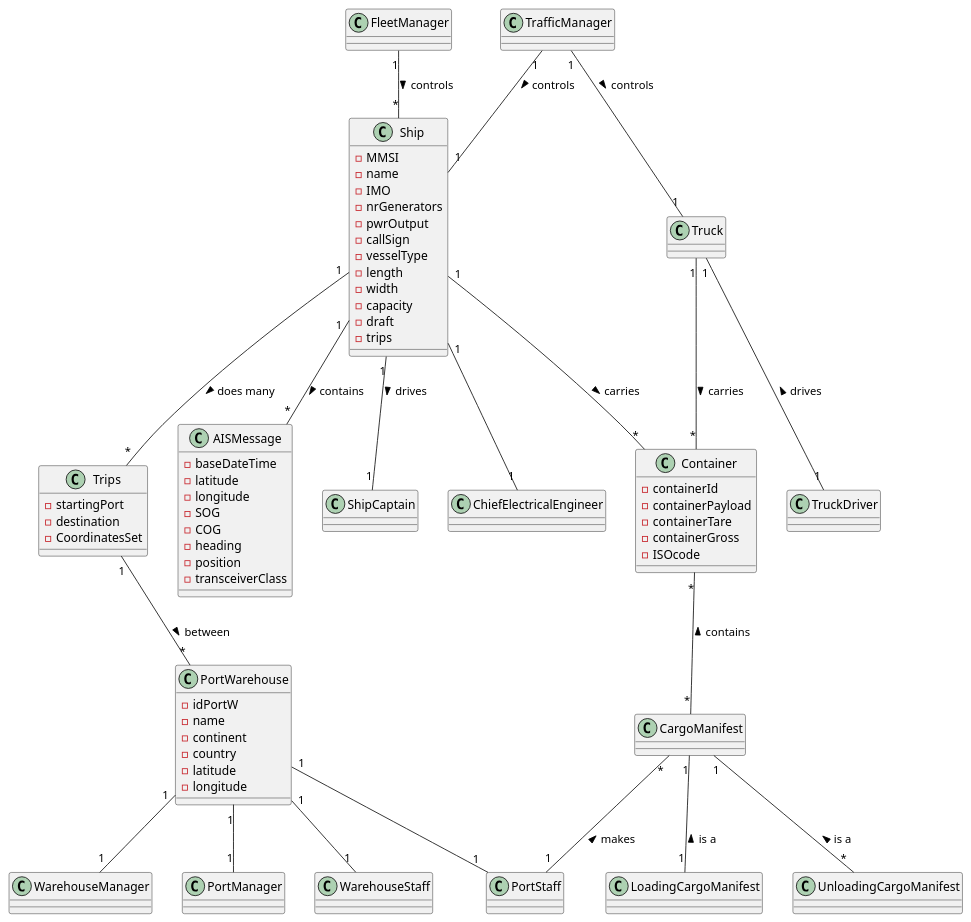
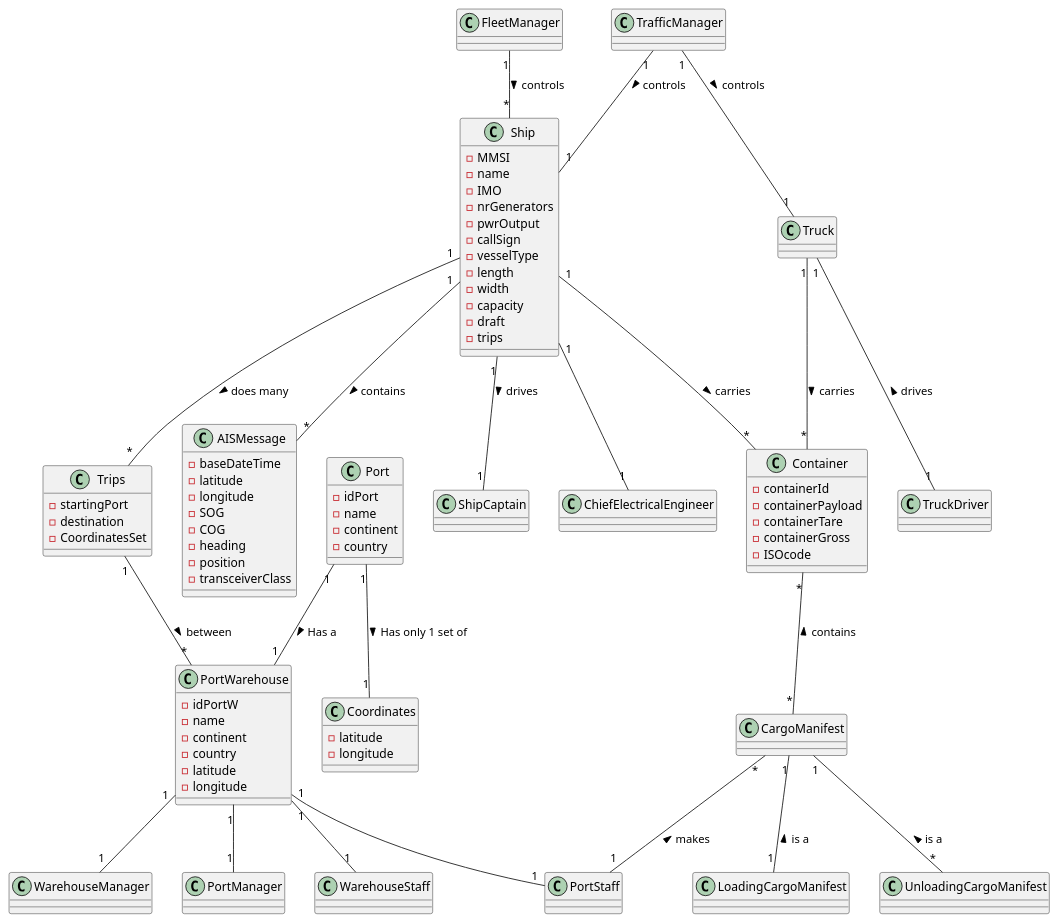
The diagram in docs/Sprint2/DM.puml (mpoboas/lapr3-2021-g102), drawn with PlantUML before and after one commit. The commit also changed 2 other files, not shown here.

```diff
--- a/docs/Sprint2/DM.puml
+++ b/docs/Sprint2/DM.puml
@@ -1,112 +1,123 @@
 @startuml
 'https://plantuml.com/class-diagram
 
 class Ship {
 -MMSI
 -name
 -IMO
 -nrGenerators
 -pwrOutput
 -callSign
 -vesselType
 -length
 -width
 -capacity
 -draft
 -trips
 }
 class AISMessage{
 -baseDateTime
 -latitude
 -longitude
 -SOG
 -COG
 -heading
 -position
 -transceiverClass
 }
 class Trips{
 -startingPort
 -destination
 -CoordinatesSet
 }
 class Truck {
 }
 
 class Container {
 -containerId
 -containerPayload
 -containerTare
 -containerGross
 -ISOcode
 }
 
 class PortWarehouse {
 -idPortW
 -name
 -continent
 -country
 -latitude
 -longitude
 }
 
 class ShipCaptain {
 }
 
 class TrafficManager {
 }
 
 class FleetManager {
 }
 
 class WarehouseStaff {
 }
 
 class WarehouseManager {
 }
 
 class PortManager {
 }
 
 class PortStaff {
 }
 
 class TrafficManager {
 }
 
 class TruckDriver {
 }
 
 class ChiefElectricalEngineer {
 }
 
 class CargoManifest {
 }
 
 class LoadingCargoManifest {
 }
 
 class UnloadingCargoManifest {
 }
-
+class Coordinates{
+-latitude
+-longitude
+}
+class Port {
+-idPort
+-name
+-continent
+-country
+}
+Port "1" -- "1" Coordinates : Has only 1 set of >
+Port "1" -- "1" PortWarehouse : Has a >
 FleetManager "1" -- "*" Ship : controls >
 TrafficManager "1" -- "1" Ship : controls >
 TrafficManager "1" -- "1" Truck : controls >
 Ship "1" -- "*" Container : carries >
 Ship "1" -- "*" AISMessage : contains >
 Ship "1" -- "1" ShipCaptain : drives >
 Ship "1" -- "1" ChiefElectricalEngineer
 Trips "1" -- "*" PortWarehouse : between >
 Ship "1" -- "*" Trips : does many >
 Container "*" -- "*" CargoManifest : contains <
 Truck "1" -- "*" Container : carries >
 Truck "1" -- "1" TruckDriver : drives <
 PortWarehouse "1" -- "1" WarehouseManager
 PortWarehouse "1" -- "1" WarehouseStaff
 PortWarehouse "1" -- "1" PortManager
 PortWarehouse "1" -- "1" PortStaff
 LoadingCargoManifest "1" -u- "1" CargoManifest : is a >
 CargoManifest "*" -- "1" PortStaff : makes <
 UnloadingCargoManifest "*" -u- "1" CargoManifest : is a >
 
 @enduml
```
